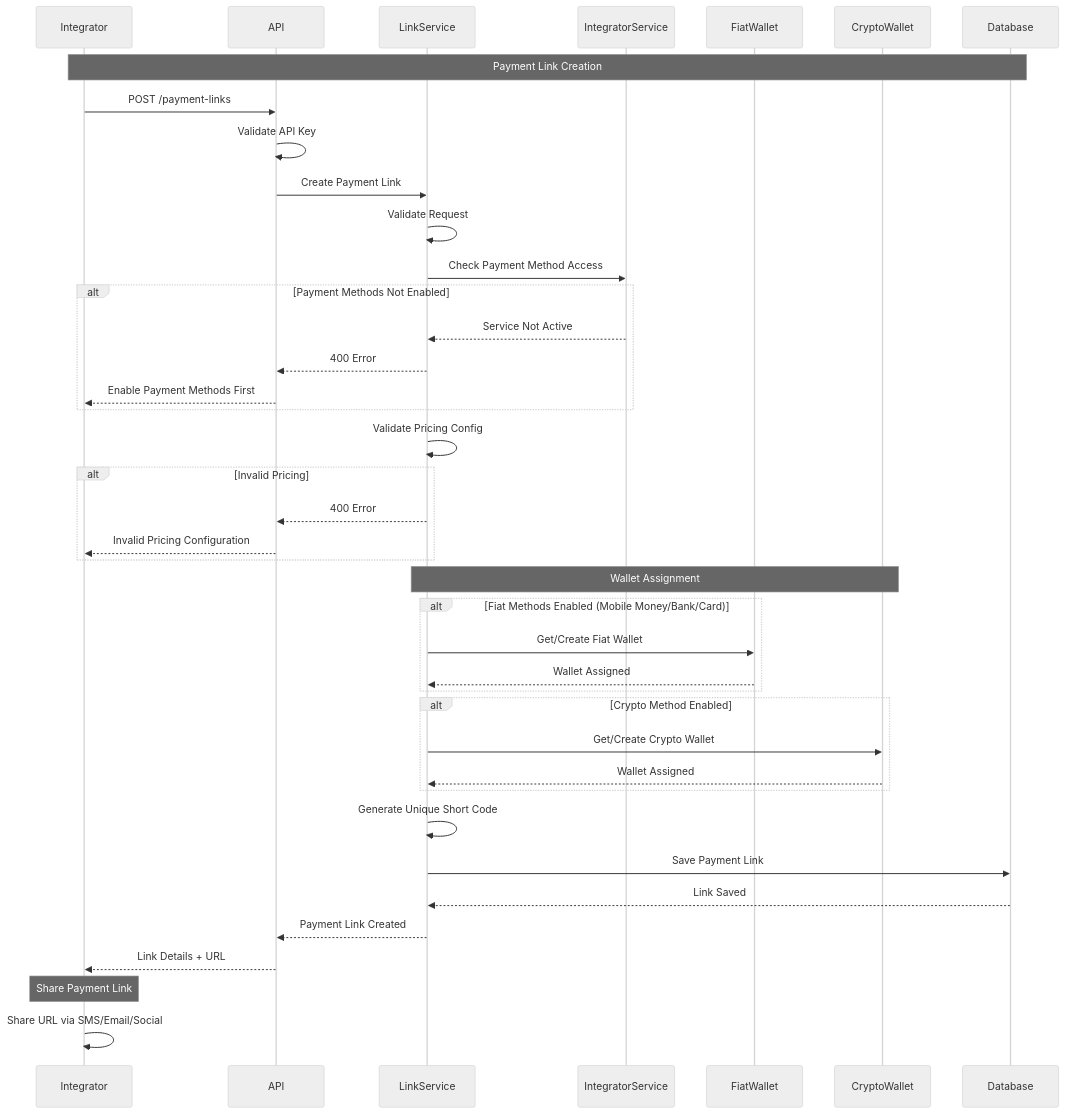
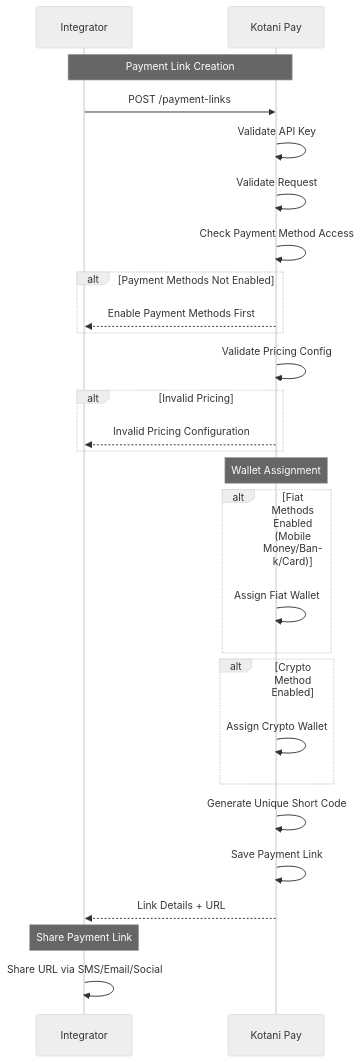
One commit to john-muinde/docs changed the first of 5 diagrams in v3/flows/payment-links-flow.mdx. Above: the diagram before and after it, drawn with Mermaid (neutral theme). The commit also changed other lines of this file and 5 other files, not shown here.

````diff
--- a/v3/flows/payment-links-flow.mdx
+++ b/v3/flows/payment-links-flow.mdx
@@ -31,55 +31,41 @@
 ```mermaid
 sequenceDiagram
     participant Integrator
-    participant API
-    participant LinkService
-    participant IntegratorService
-    participant FiatWallet
-    participant CryptoWallet
-    participant Database
+    participant Kotani Pay
 
-    Note over Integrator,Database: Payment Link Creation
+    Note over Integrator,Kotani Pay: Payment Link Creation
 
-    Integrator->>API: POST /payment-links
-    API->>API: Validate API Key
-    API->>LinkService: Create Payment Link
-
-    LinkService->>LinkService: Validate Request
-    LinkService->>IntegratorService: Check Payment Method Access
+    Integrator->>Kotani Pay: POST /payment-links
+    Kotani Pay->>Kotani Pay: Validate API Key
+    Kotani Pay->>Kotani Pay: Validate Request
+    Kotani Pay->>Kotani Pay: Check Payment Method Access
 
     alt Payment Methods Not Enabled
-        IntegratorService-->>LinkService: Service Not Active
-        LinkService-->>API: 400 Error
-        API-->>Integrator: Enable Payment Methods First
+        Kotani Pay-->>Integrator: Enable Payment Methods First
     end
 
-    LinkService->>LinkService: Validate Pricing Config
+    Kotani Pay->>Kotani Pay: Validate Pricing Config
 
     alt Invalid Pricing
-        LinkService-->>API: 400 Error
-        API-->>Integrator: Invalid Pricing Configuration
+        Kotani Pay-->>Integrator: Invalid Pricing Configuration
     end
 
-    Note over LinkService,CryptoWallet: Wallet Assignment
+    Note over Kotani Pay: Wallet Assignment
 
     alt Fiat Methods Enabled (Mobile Money/Bank/Card)
-        LinkService->>FiatWallet: Get/Create Fiat Wallet
-        FiatWallet-->>LinkService: Wallet Assigned
+        Kotani Pay->>Kotani Pay: Assign Fiat Wallet
     end
 
     alt Crypto Method Enabled
-        LinkService->>CryptoWallet: Get/Create Crypto Wallet
-        CryptoWallet-->>LinkService: Wallet Assigned
+        Kotani Pay->>Kotani Pay: Assign Crypto Wallet
     end
 
-    LinkService->>LinkService: Generate Unique Short Code
-    LinkService->>Database: Save Payment Link
-    Database-->>LinkService: Link Saved
+    Kotani Pay->>Kotani Pay: Generate Unique Short Code
+    Kotani Pay->>Kotani Pay: Save Payment Link
 
-    LinkService-->>API: Payment Link Created
-    API-->>Integrator: Link Details + URL
+    Kotani Pay-->>Integrator: Link Details + URL
 
     Note over Integrator: Share Payment Link
 
     Integrator->>Integrator: Share URL via SMS/Email/Social
 ```
````
